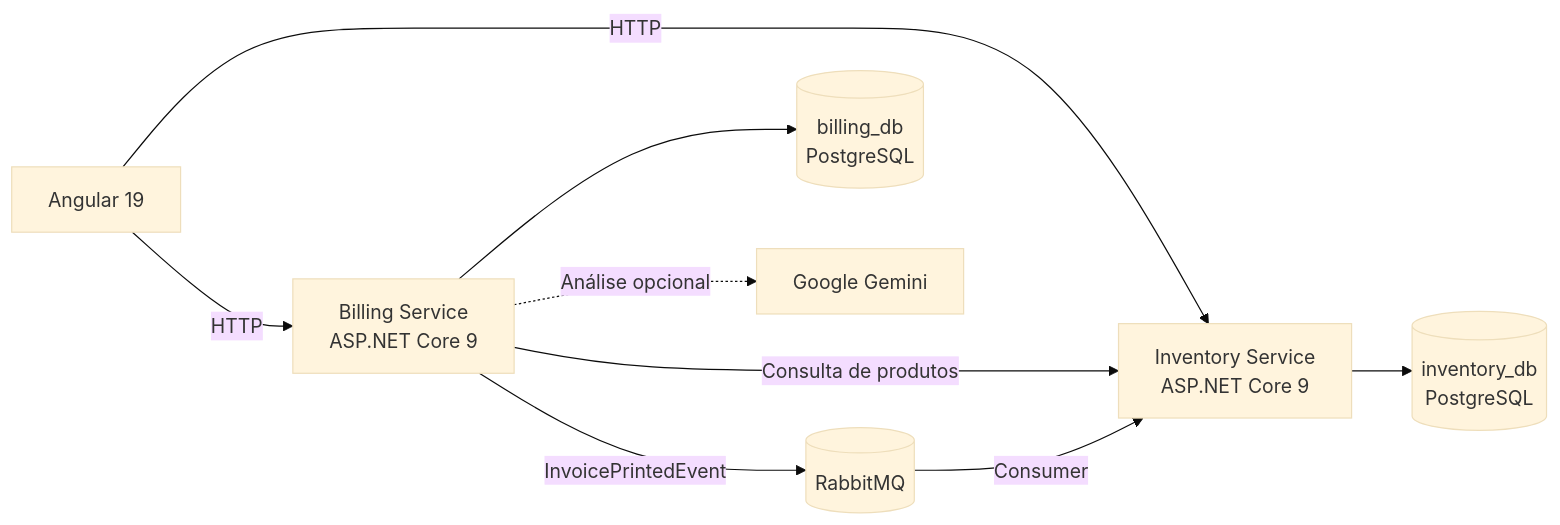
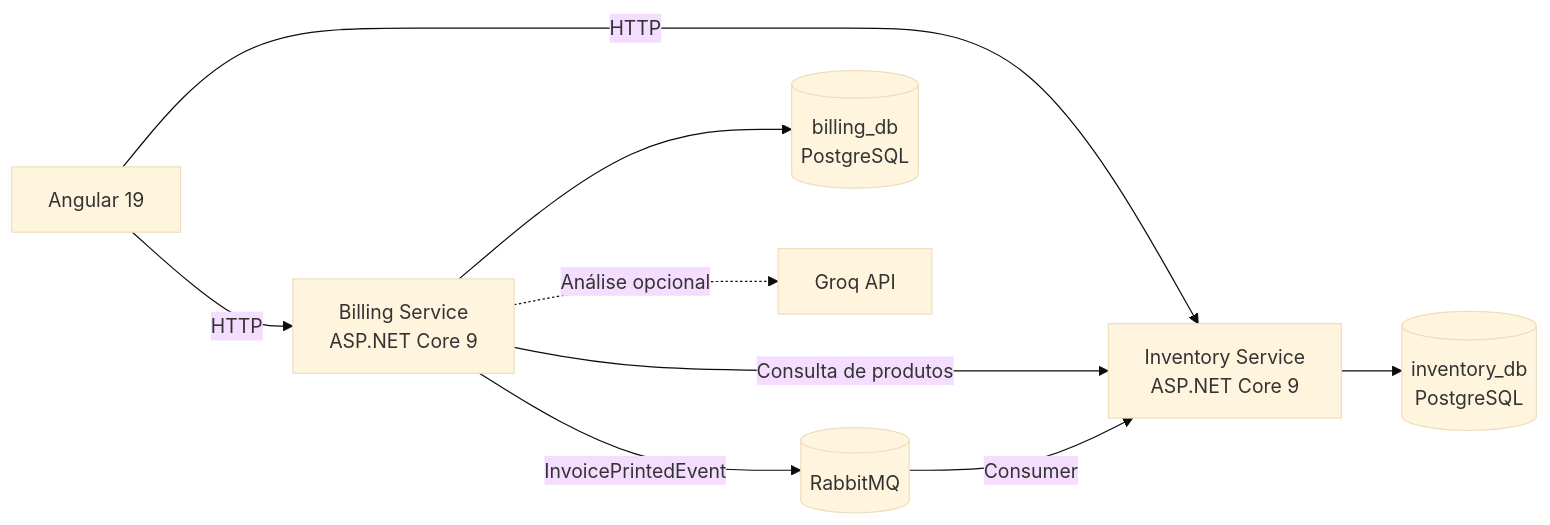
One commit to alissonjcjk/Korp_Teste_Alisson_Bernadino changed the diagram in detalhamento_tecnico.md. Above: the diagram before and after it, drawn with Mermaid (base theme). The commit also changed other lines of this file and 11 other files, not shown here.

````diff
--- a/detalhamento_tecnico.md
+++ b/detalhamento_tecnico.md
@@ -26,11 +26,11 @@
 ```mermaid
 flowchart LR
     UI[Angular 19] -->|HTTP| INV[Inventory Service<br/>ASP.NET Core 9]
     UI -->|HTTP| BILL[Billing Service<br/>ASP.NET Core 9]
     BILL -->|Consulta de produtos| INV
     BILL -->|InvoicePrintedEvent| MQ[(RabbitMQ)]
     MQ -->|Consumer| INV
     INV --> IDB[(inventory_db<br/>PostgreSQL)]
     BILL --> BDB[(billing_db<br/>PostgreSQL)]
-    BILL -.->|Análise opcional| AI[Google Gemini]
+    BILL -.->|Análise opcional| AI[Groq API]
 ```
````
